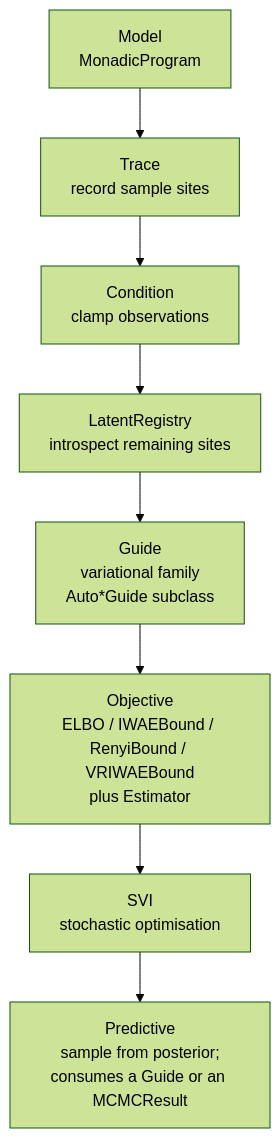
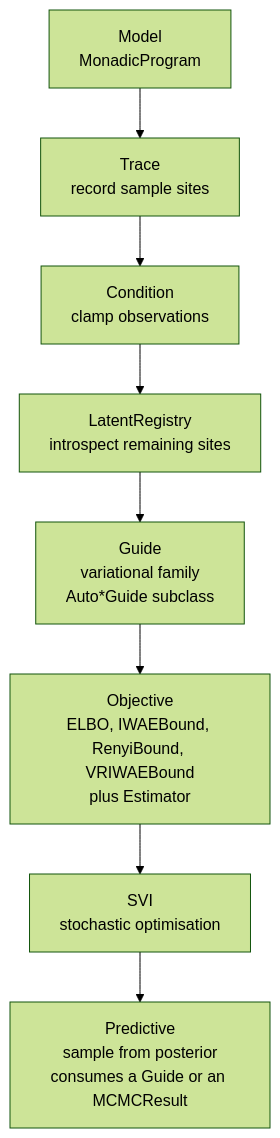
One commit to FACTSlab/quivers changed the second of 2 diagrams in docs/guides/inference.md. Above: the diagram before and after it, drawn with Mermaid (forest theme). The commit also changed other lines of this file and 45 other files, not shown here.

````diff
--- a/docs/guides/inference.md
+++ b/docs/guides/inference.md
@@ -22,12 +22,12 @@
 ```mermaid
 flowchart TB
-    M[Model<br/>MonadicProgram]
-    T[Trace<br/>record sample sites]
-    C[Condition<br/>clamp observations]
-    LR[LatentRegistry<br/>introspect remaining sites]
-    G[Guide<br/>variational family<br/>Auto*Guide subclass]
-    O[Objective<br/>ELBO / IWAEBound / RenyiBound / VRIWAEBound<br/>plus Estimator]
-    S[SVI<br/>stochastic optimisation]
-    P[Predictive<br/>sample from posterior;<br/>consumes a Guide or an MCMCResult]
+    M["Model<br/>MonadicProgram"]
+    T["Trace<br/>record sample sites"]
+    C["Condition<br/>clamp observations"]
+    LR["LatentRegistry<br/>introspect remaining sites"]
+    G["Guide<br/>variational family<br/>Auto*Guide subclass"]
+    O["Objective<br/>ELBO, IWAEBound, RenyiBound, VRIWAEBound<br/>plus Estimator"]
+    S["SVI<br/>stochastic optimisation"]
+    P["Predictive<br/>sample from posterior<br/>consumes a Guide or an MCMCResult"]
     M --> T --> C --> LR --> G --> O --> S --> P
 ```
````
